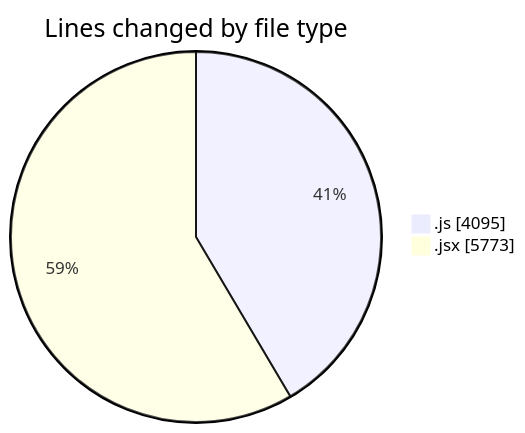
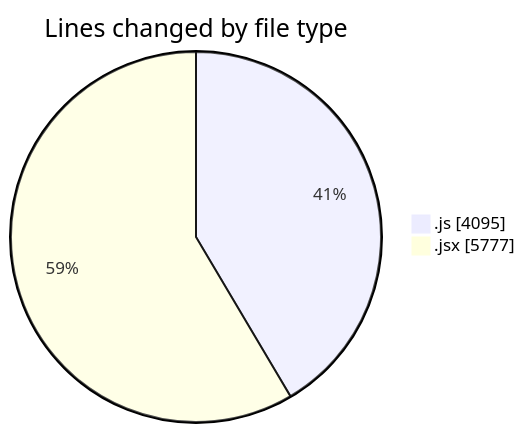
One commit to nxtqubesakshisongat/code-tracking changed the first of 2 diagrams in 2025-12-31/nxtqube_webapp/README.md. Above: the diagram before and after it, drawn with Mermaid. The commit also changed other lines of this file and 1 other file, not shown here.

````diff
--- a/2025-12-31/nxtqube_webapp/README.md
+++ b/2025-12-31/nxtqube_webapp/README.md
@@ -35,6 +35,6 @@
 ```mermaid
 pie showData
 title Lines changed by file type
 ".js" : 4095
-".jsx" : 5773
+".jsx" : 5777
 ```
````
